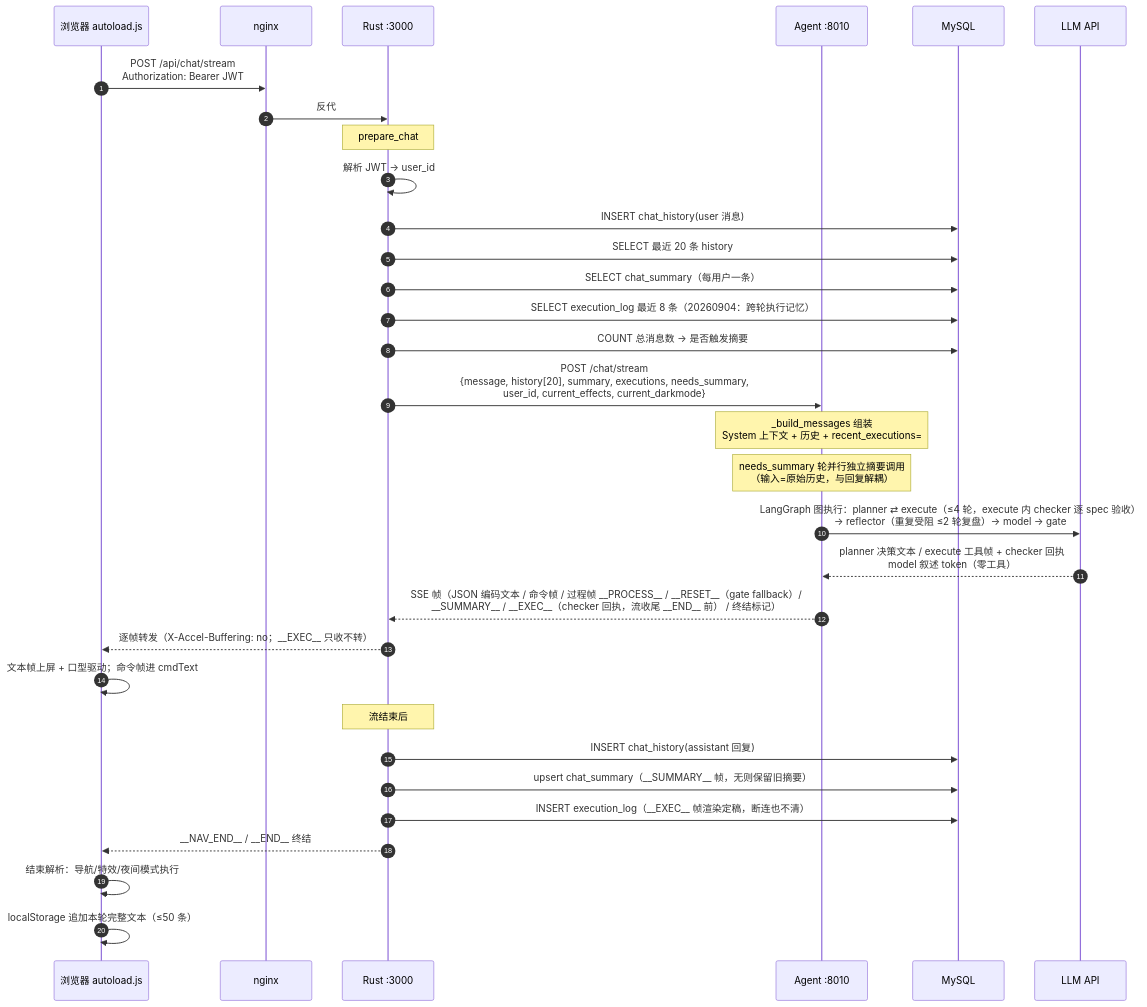
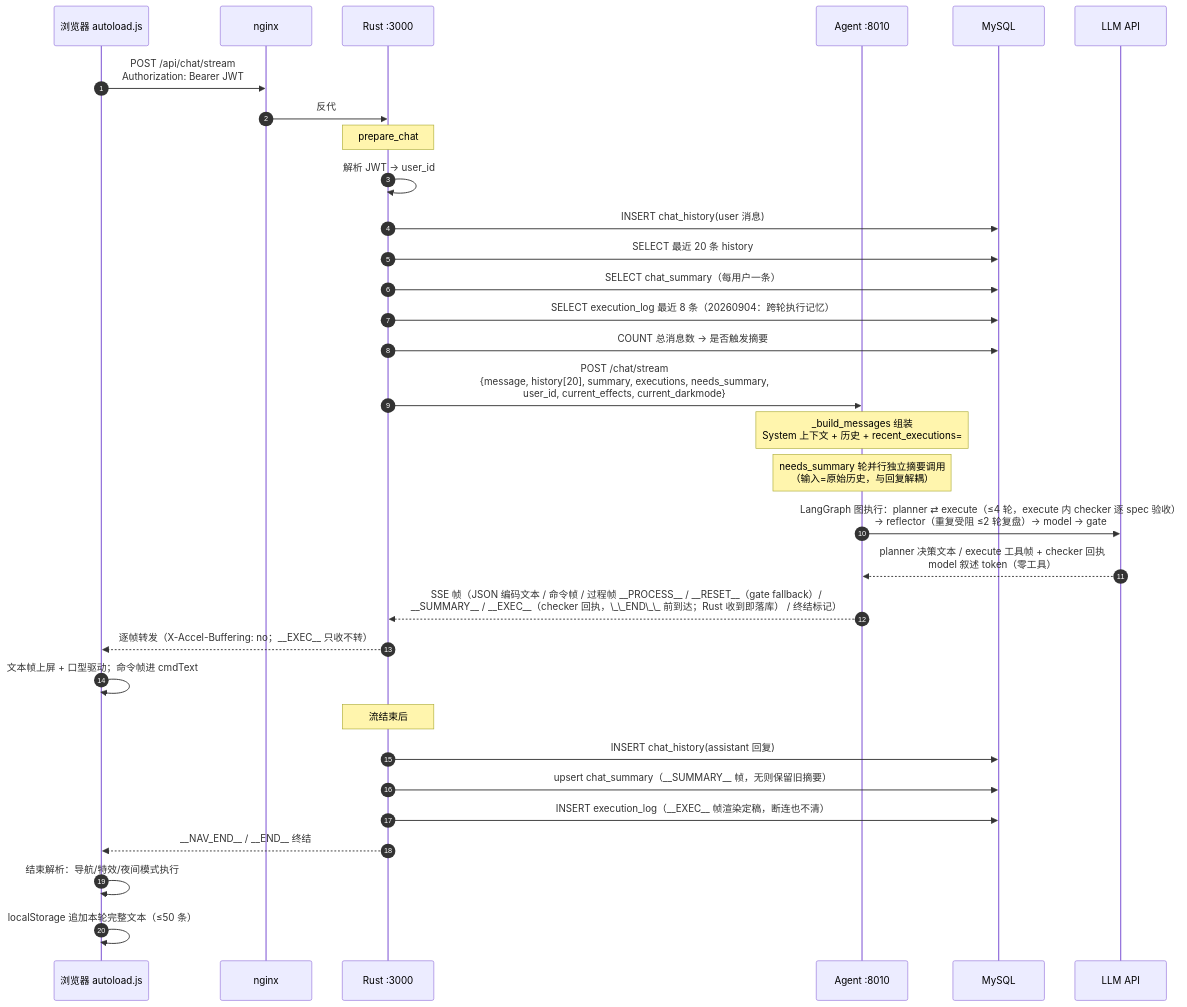
Before and after one commit to BigLeopardCat/saudade-blog-agent: the second of 5 diagrams in docs/agent-architecture.md, drawn with Mermaid. The commit also changed other lines of this file, not shown here.

First line of the commit message:
docs: 补 SSE 落库顺序契约（Rust 收帧即落库）

````diff
--- a/docs/agent-architecture.md
+++ b/docs/agent-architecture.md
@@ -143,35 +143,35 @@
 ```mermaid
 sequenceDiagram
     autonumber
     participant B as 浏览器 autoload.js
     participant N as nginx
     participant R as Rust :3000
     participant A as Agent :8010
     participant DB as MySQL
     participant L as LLM API
 
     B->>N: POST /api/chat/stream<br/>Authorization: Bearer JWT
     N->>R: 反代
     Note over R: prepare_chat
     R->>R: 解析 JWT → user_id
     R->>DB: INSERT chat_history(user 消息)
     R->>DB: SELECT 最近 20 条 history
     R->>DB: SELECT chat_summary（每用户一条）
     R->>DB: SELECT execution_log 最近 8 条（20260904：跨轮执行记忆）
     R->>DB: COUNT 总消息数 → 是否触发摘要
     R->>A: POST /chat/stream<br/>{message, history[20], summary, executions, needs_summary,<br/>user_id, current_effects, current_darkmode}
     Note over A: _build_messages 组装<br/>System 上下文 + 历史 + recent_executions=
     Note over A: needs_summary 轮并行独立摘要调用<br/>（输入=原始历史，与回复解耦）
     A->>L: LangGraph 图执行：planner ⇄ execute（≤4 轮，execute 内 checker 逐 spec 验收）<br/>→ reflector（重复受阻 ≤2 轮复盘）→ model → gate
     L-->>A: planner 决策文本 / execute 工具帧 + checker 回执<br/>model 叙述 token（零工具）
-    A-->>R: SSE 帧（JSON 编码文本 / 命令帧 / 过程帧 __PROCESS__ / __RESET__（gate fallback）/<br/>__SUMMARY__ / __EXEC__（checker 回执，流收尾 __END__ 前） / 终结标记）
+    A-->>R: SSE 帧（JSON 编码文本 / 命令帧 / 过程帧 __PROCESS__ / __RESET__（gate fallback）/<br/>__SUMMARY__ / __EXEC__（checker 回执，\_\_END\_\_ 前到达；Rust 收到即落库） / 终结标记）
     R-->>B: 逐帧转发（X-Accel-Buffering: no；__EXEC__ 只收不转）
     B->>B: 文本帧上屏 + 口型驱动；命令帧进 cmdText
     Note over R: 流结束后
     R->>DB: INSERT chat_history(assistant 回复)
     R->>DB: upsert chat_summary（__SUMMARY__ 帧，无则保留旧摘要）
     R->>DB: INSERT execution_log（__EXEC__ 帧渲染定稿，断连也不清）
     R-->>B: __NAV_END__ / __END__ 终结
     B->>B: 结束解析：导航/特效/夜间模式执行
     B->>B: localStorage 追加本轮完整文本（≤50 条）
 ```
````
